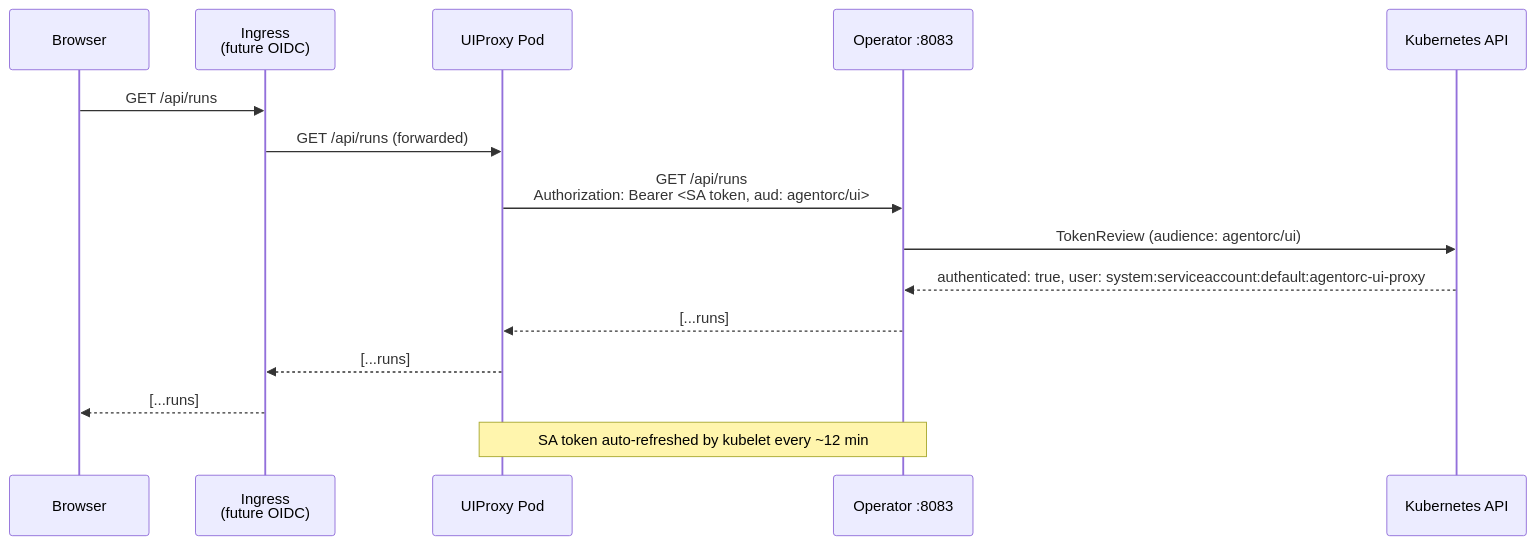
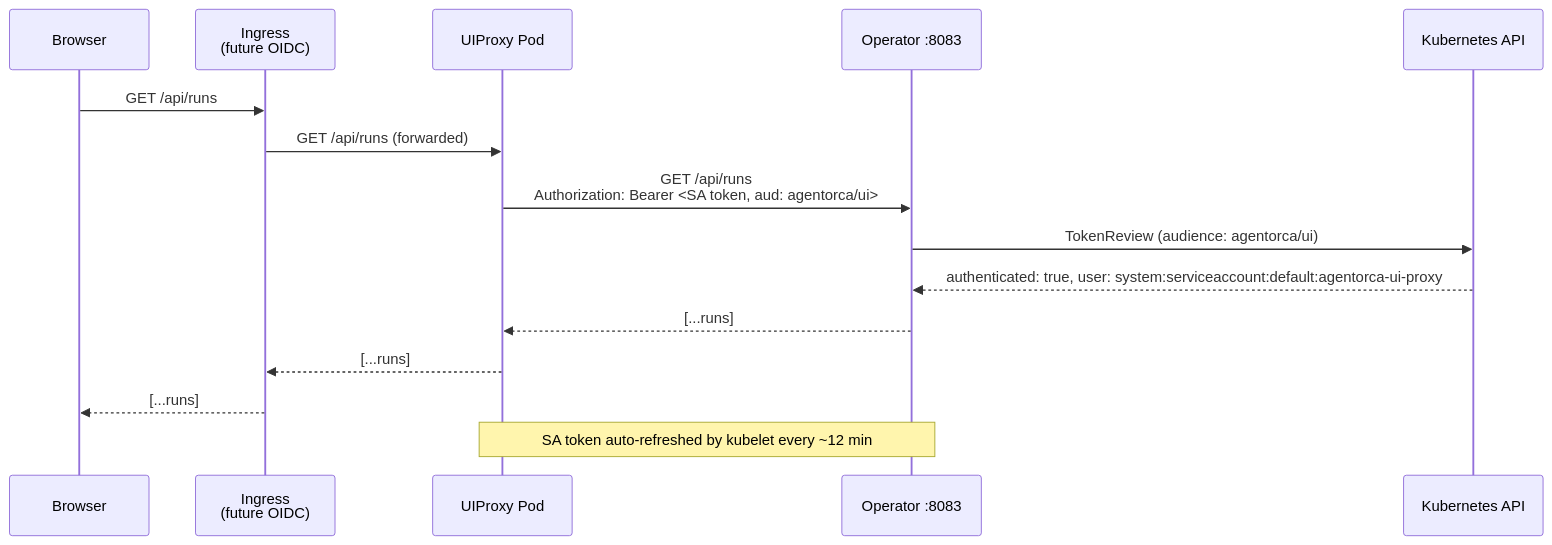
Before and after one commit to heddles/agent-orca: the third of 3 diagrams in docs/auth.md, drawn with Mermaid. The commit also changed other lines of this file and 343 other files, not shown here.

````diff
--- a/docs/auth.md
+++ b/docs/auth.md
@@ -238,19 +238,19 @@
 ```mermaid
 sequenceDiagram
     participant B as Browser
     participant I as Ingress<br/>(future OIDC)
     participant P as UIProxy Pod
     participant UI as Operator :8083
     participant K8s as Kubernetes API
 
     B->>I: GET /api/runs
     I->>P: GET /api/runs (forwarded)
-    P->>UI: GET /api/runs<br/>Authorization: Bearer <SA token, aud: agentorc/ui>
-    UI->>K8s: TokenReview (audience: agentorc/ui)
-    K8s-->>UI: authenticated: true, user: system:serviceaccount:default:agentorc-ui-proxy
+    P->>UI: GET /api/runs<br/>Authorization: Bearer <SA token, aud: agentorca/ui>
+    UI->>K8s: TokenReview (audience: agentorca/ui)
+    K8s-->>UI: authenticated: true, user: system:serviceaccount:default:agentorca-ui-proxy
     UI-->>P: [...runs]
     P-->>I: [...runs]
     I-->>B: [...runs]
 
     note over P,UI: SA token auto-refreshed by kubelet every ~12 min
 ```
````
